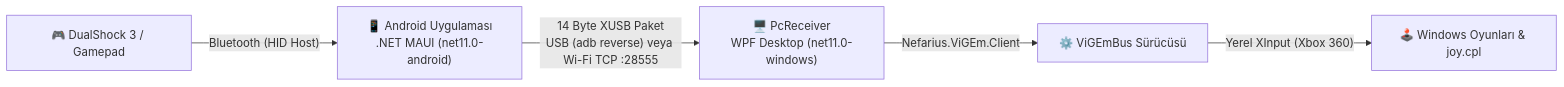
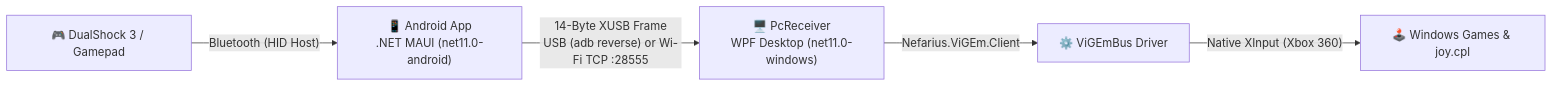
The diagram in README.md (ahmetyigitsarikaya/AndroidToGamepad-PcReceiver), drawn with Mermaid before and after one commit. The commit also changed other lines of this file and 2 other files, not shown here.

````diff
--- a/README.md
+++ b/README.md
@@ -80,7 +80,7 @@
 ```mermaid
 flowchart LR
-    DS3["🎮 DualShock 3 / Gamepad"] -->|"Bluetooth (HID Host)"| AND["📱 Android Uygulaması<br/>.NET MAUI (net11.0-android)"]
-    AND -->|"14 Byte XUSB Paket<br/>USB (adb reverse) veya Wi-Fi TCP :28555"| PC["🖥️ PcReceiver<br/>WPF Desktop (net11.0-windows)"]
-    PC -->|"Nefarius.ViGEm.Client"| VIGEM["⚙️ ViGEmBus Sürücüsü"]
-    VIGEM -->|"Yerel XInput (Xbox 360)"| GAME["🕹️ Windows Oyunları & joy.cpl"]
+    DS3["🎮 DualShock 3 / Gamepad"] -->|"Bluetooth (HID Host)"| AND["📱 Android App<br/>.NET MAUI (net11.0-android)"]
+    AND -->|"14-Byte XUSB Frame<br/>USB (adb reverse) or Wi-Fi TCP :28555"| PC["🖥️ PcReceiver<br/>WPF Desktop (net11.0-windows)"]
+    PC -->|"Nefarius.ViGEm.Client"| VIGEM["⚙️ ViGEmBus Driver"]
+    VIGEM -->|"Native XInput (Xbox 360)"| GAME["🕹️ Windows Games & joy.cpl"]
 ```
````
